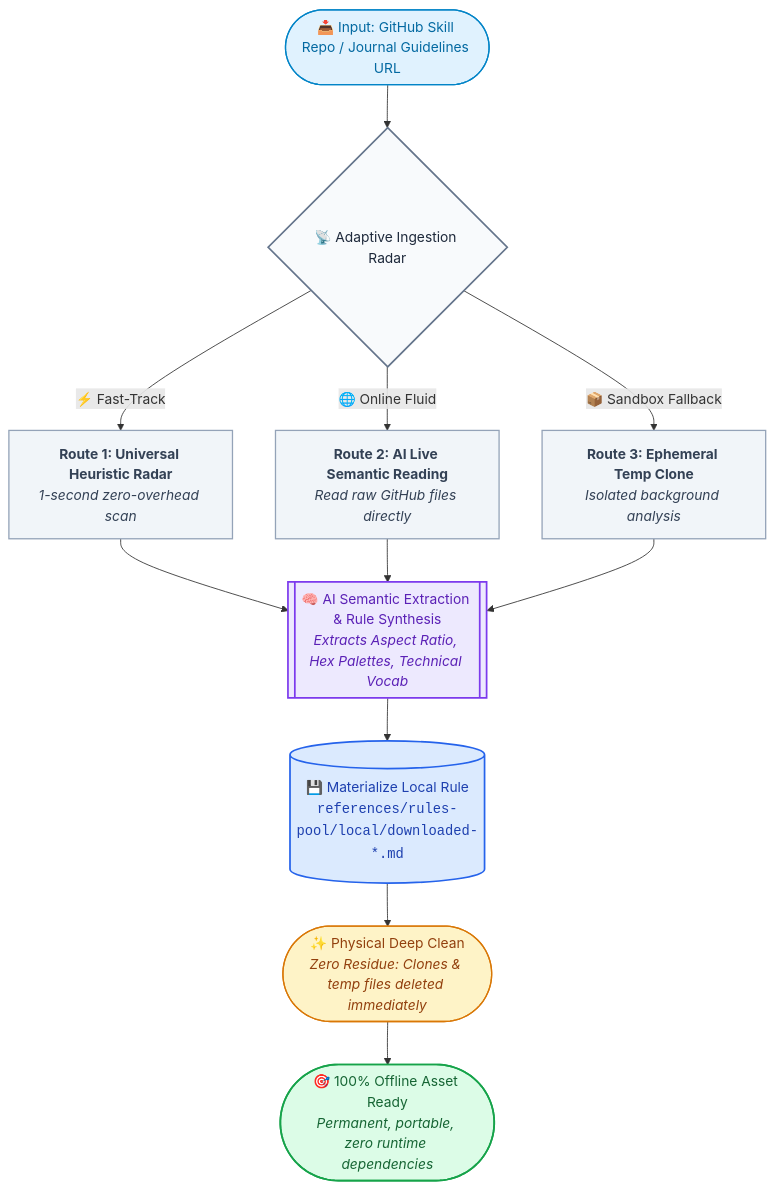
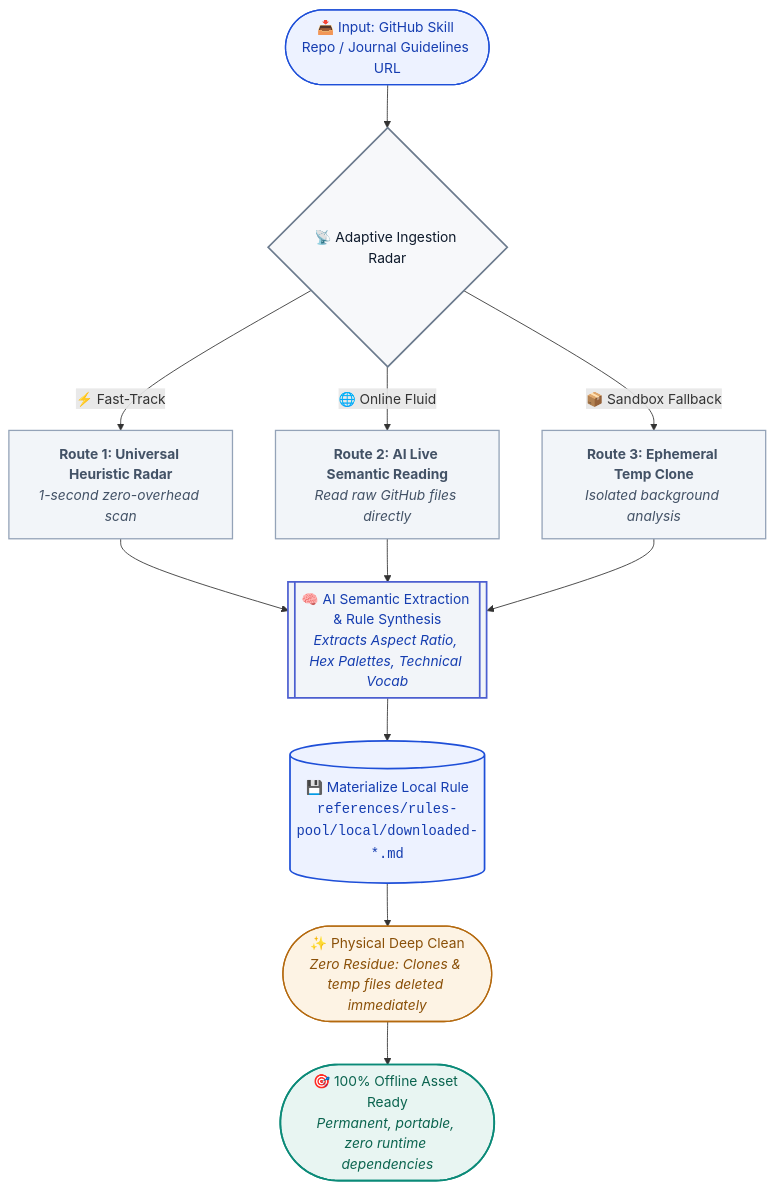
One commit to LPK3215/sci-plot changed the second of 4 diagrams in README.md. Above: the diagram before and after it, drawn with Mermaid. The commit also changed other lines of this file and 27 other files, not shown here.

````diff
--- a/README.md
+++ b/README.md
@@ -115,32 +117,32 @@
 ```mermaid
 flowchart TD
     User(["📥 Input: GitHub Skill Repo / Journal Guidelines URL"]) --> Router{"📡 Adaptive Ingestion Radar"}
     
     Router -->|⚡ Fast-Track| S1["<b>Route 1: Universal Heuristic Radar</b><br/><i>1-second zero-overhead scan</i>"]
     Router -->|🌐 Online Fluid| S2["<b>Route 2: AI Live Semantic Reading</b><br/><i>Read raw GitHub files directly</i>"]
     Router -->|📦 Sandbox Fallback| S3["<b>Route 3: Ephemeral Temp Clone</b><br/><i>Isolated background analysis</i>"]
     
     S1 --> Synth[["🧠 AI Semantic Extraction & Rule Synthesis<br/><i>Extracts Aspect Ratio, Hex Palettes, Technical Vocab</i>"]]
     S2 --> Synth
     S3 --> Synth
     
     Synth --> Save[("💾 Materialize Local Rule<br/><code>references/rules-pool/local/downloaded-*.md</code>")]
     Save --> Purge(["✨ Physical Deep Clean<br/><i>Zero Residue: Clones & temp files deleted immediately</i>"])
     Purge --> Ready(["🎯 100% Offline Asset Ready<br/><i>Permanent, portable, zero runtime dependencies</i>"])
 
-    classDef input fill:#e0f2fe,stroke:#0284c7,stroke-width:1.5px,color:#0369a1;
-    classDef router fill:#f8fafc,stroke:#64748b,stroke-width:2px,color:#1e293b;
-    classDef route fill:#f1f5f9,stroke:#94a3b8,stroke-width:1.5px,color:#334155;
-    classDef synth fill:#ede9fe,stroke:#7c3aed,stroke-width:2px,color:#5b21b6;
-    classDef storage fill:#dbeafe,stroke:#2563eb,stroke-width:2px,color:#1e40af;
-    classDef clean fill:#fef3c7,stroke:#d97706,stroke-width:1.5px,color:#92400e;
-    classDef done fill:#dcfce7,stroke:#16a34a,stroke-width:2px,color:#166534;
+    classDef input fill:#EDF2FF,stroke:#1E4FD8,stroke-width:1.5px,color:#153DB0;
+    classDef router fill:#F7F8FA,stroke:#6B7A8D,stroke-width:2px,color:#0E1A2B;
+    classDef route fill:#F2F5F9,stroke:#94A3B8,stroke-width:1.5px,color:#435266;
+    classDef synth fill:#F2F5F9,stroke:#4C5FD0,stroke-width:2px,color:#153DB0;
+    classDef storage fill:#EDF2FF,stroke:#1E4FD8,stroke-width:2px,color:#153DB0;
+    classDef clean fill:#FDF3E4,stroke:#B4690E,stroke-width:1.5px,color:#8A5008;
+    classDef done fill:#E8F5F2,stroke:#0B8A78,stroke-width:2px,color:#0B644F;
 
     class User input;
     class Router router;
     class S1,S2,S3 route;
     class Synth synth;
     class Save storage;
     class Purge clean;
     class Ready done;
 ```
````
